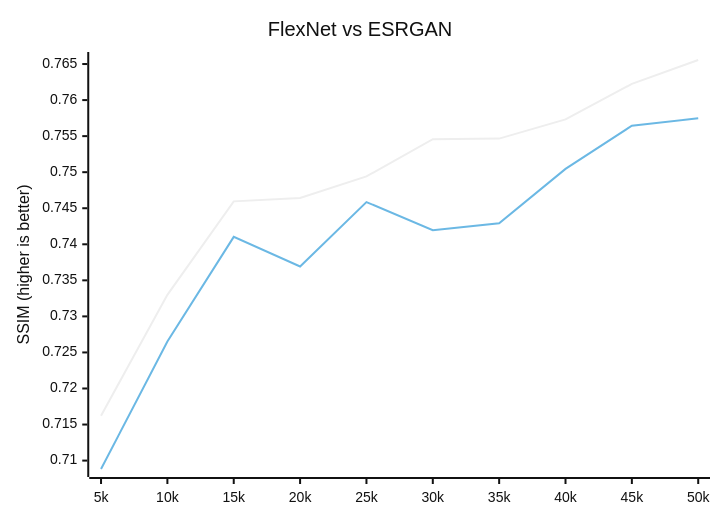
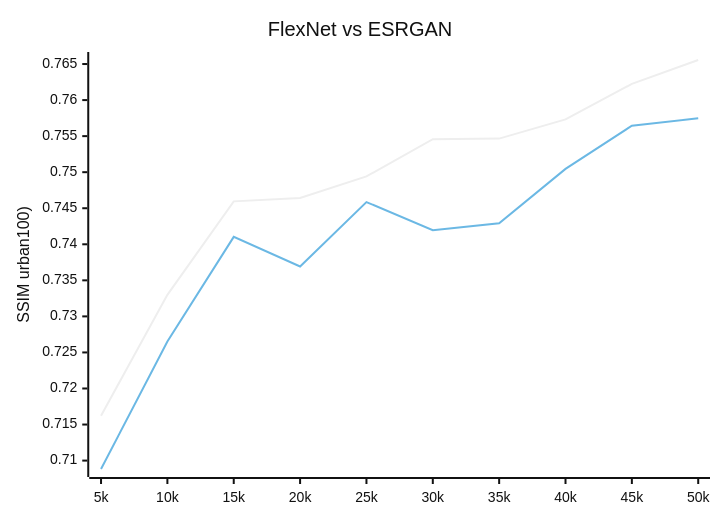
One commit to umzi2/FlexNet changed the diagram in readme.md. Above: the diagram before and after it, drawn with Mermaid (neutral theme).

````diff
--- a/readme.md
+++ b/readme.md
@@ -18,9 +18,9 @@
 ```mermaid
 xychart-beta
     title "FlexNet vs ESRGAN"
     x-axis [5k, 10k, 15k, 20k, 25k, 30k, 35k, 40k, 45k, 50k]
-    y-axis "SSIM (higher is better)"
+    y-axis "SSIM urban100)"
     line [0.7162238359451294, 0.7329946756362915, 0.7459537982940674, 0.7464251518249512, 0.7494140863418579, 0.7545749545097351, 0.7546563148498535, 0.757328987121582, 0.7622419595718384, 0.7655595541000366]
     line [0.7088339924812317, 0.7265059351921082, 0.7410317063331604, 0.7369152903556824, 0.7458562850952148, 0.741950511932373, 0.7429166436195374, 0.7504614591598511, 0.7564469575881958, 0.757466197013855]
 
 ```
````
